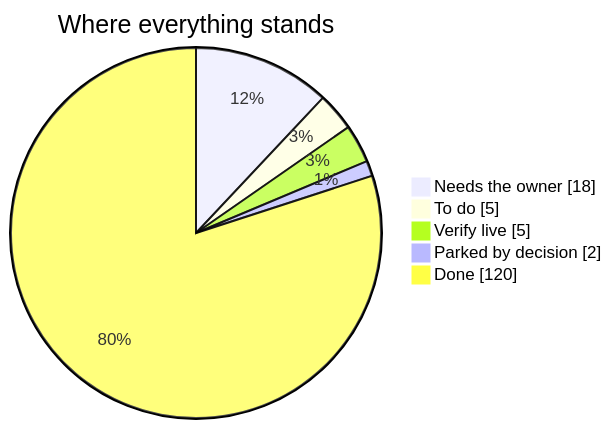
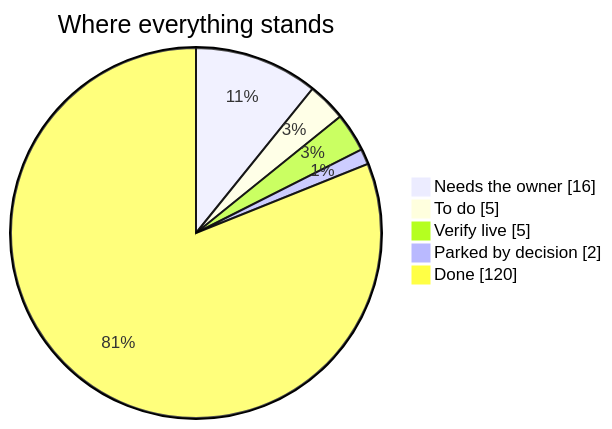
The diagram in launch-board/README.md (divitkej/gradlink), drawn with Mermaid before and after one commit. The commit also changed other lines of this file and 4 other files, not shown here.

````diff
--- a/launch-board/README.md
+++ b/launch-board/README.md
@@ -11,9 +11,9 @@
 ```mermaid
 pie showData
   title Where everything stands
-  "Needs the owner" : 18
+  "Needs the owner" : 16
   "To do" : 5
   "Verify live" : 5
   "Parked by decision" : 2
   "Done" : 120
 ```
````
